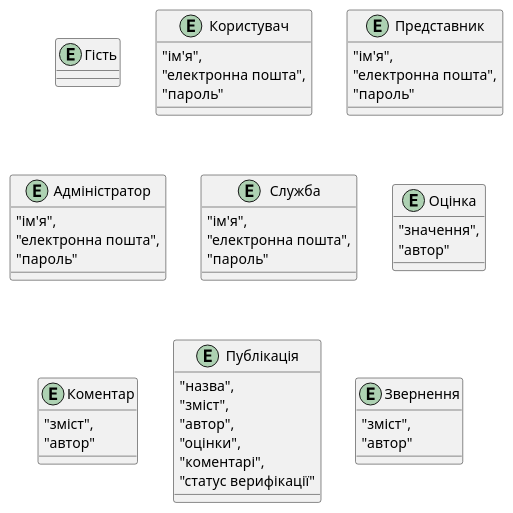
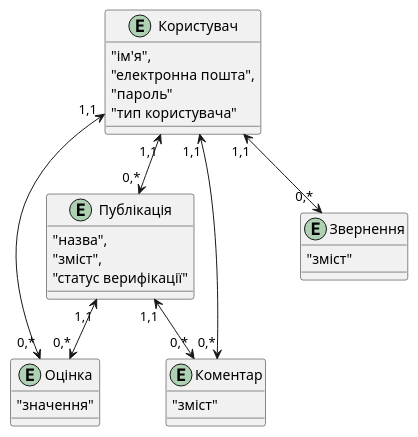
One commit to yehorbk/kpi-programming changed the diagram in ER-Model/Diagrams/stub-1.puml. Above: the diagram before and after it, drawn with PlantUML.

```diff
--- a/ER-Model/Diagrams/stub-1.puml
+++ b/ER-Model/Diagrams/stub-1.puml
@@ -1,48 +1,30 @@
 @startuml
-
-entity Гість 
-
 entity Користувач {
     "ім'я",
     "електронна пошта",
     "пароль"
-}
-entity Представник {
-    "ім'я",
-    "електронна пошта",
-    "пароль"
-}
-entity Адміністратор {
-    "ім'я",
-    "електронна пошта",
-    "пароль"
-}
-entity Служба {
-    "ім'я",
-    "електронна пошта",
-    "пароль"
+    "тип користувача"
 }
 
-
 entity Оцінка {
-    "значення",
-    "автор"
+    "значення"
 }
 entity Коментар {
-    "зміст",
-    "автор"
+    "зміст"
 }
 entity Публікація {
     "назва",
     "зміст",
-    "автор",
-    "оцінки",
-    "коментарі",
     "статус верифікації"
 }
 entity Звернення {
-    "зміст",
-    "автор"
+    "зміст"
 }
 
+Користувач "1,1"<-->"0,*" Публікація
+Публікація "1,1"<-->"0,*" Оцінка
+Публікація "1,1"<-->"0,*" Коментар
+Користувач "1,1"<-->"0,*" Оцінка
+Користувач "1,1"<-->"0,*" Коментар
+Користувач "1,1"<-->"0,*" Звернення
 @enduml
```
